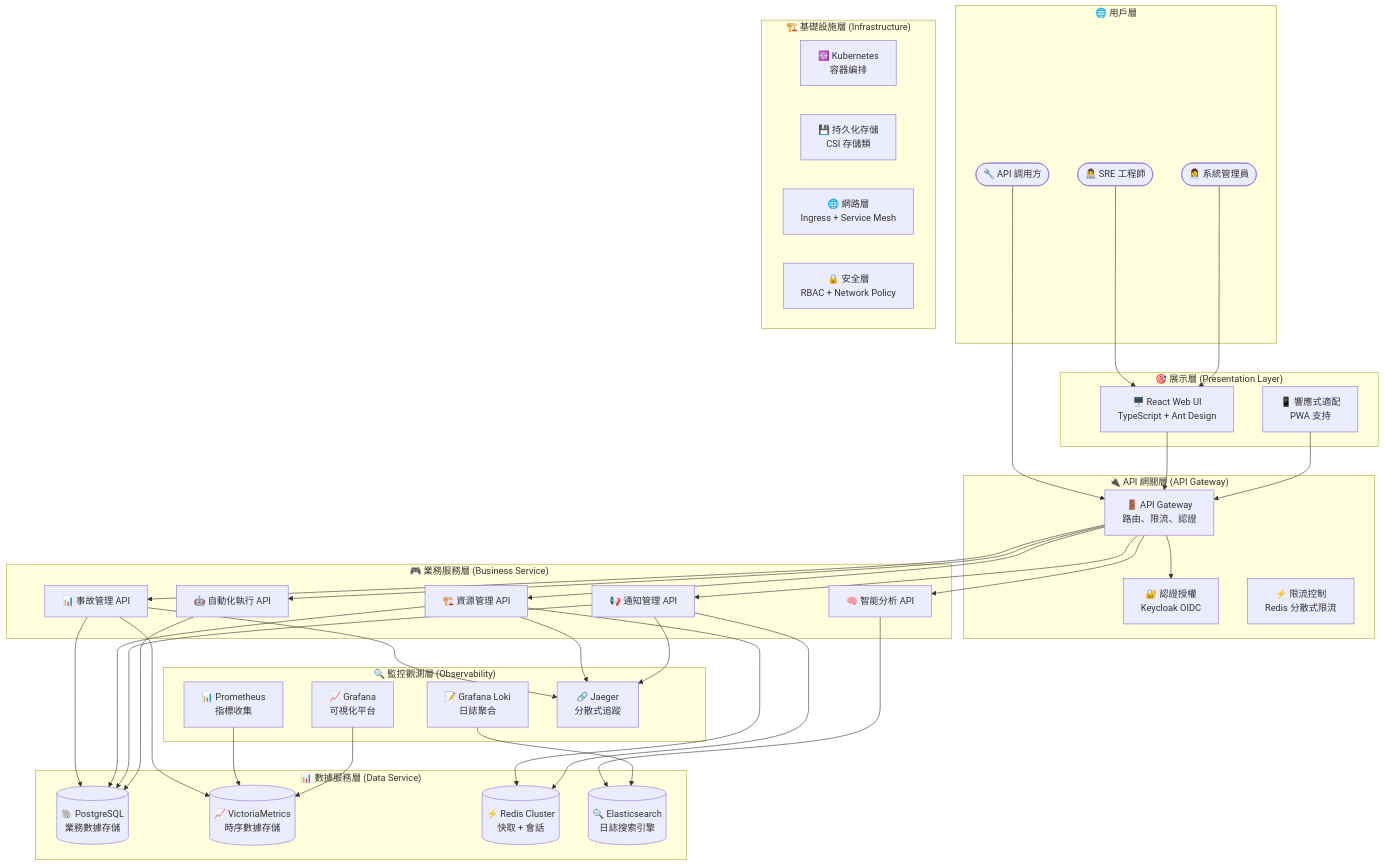
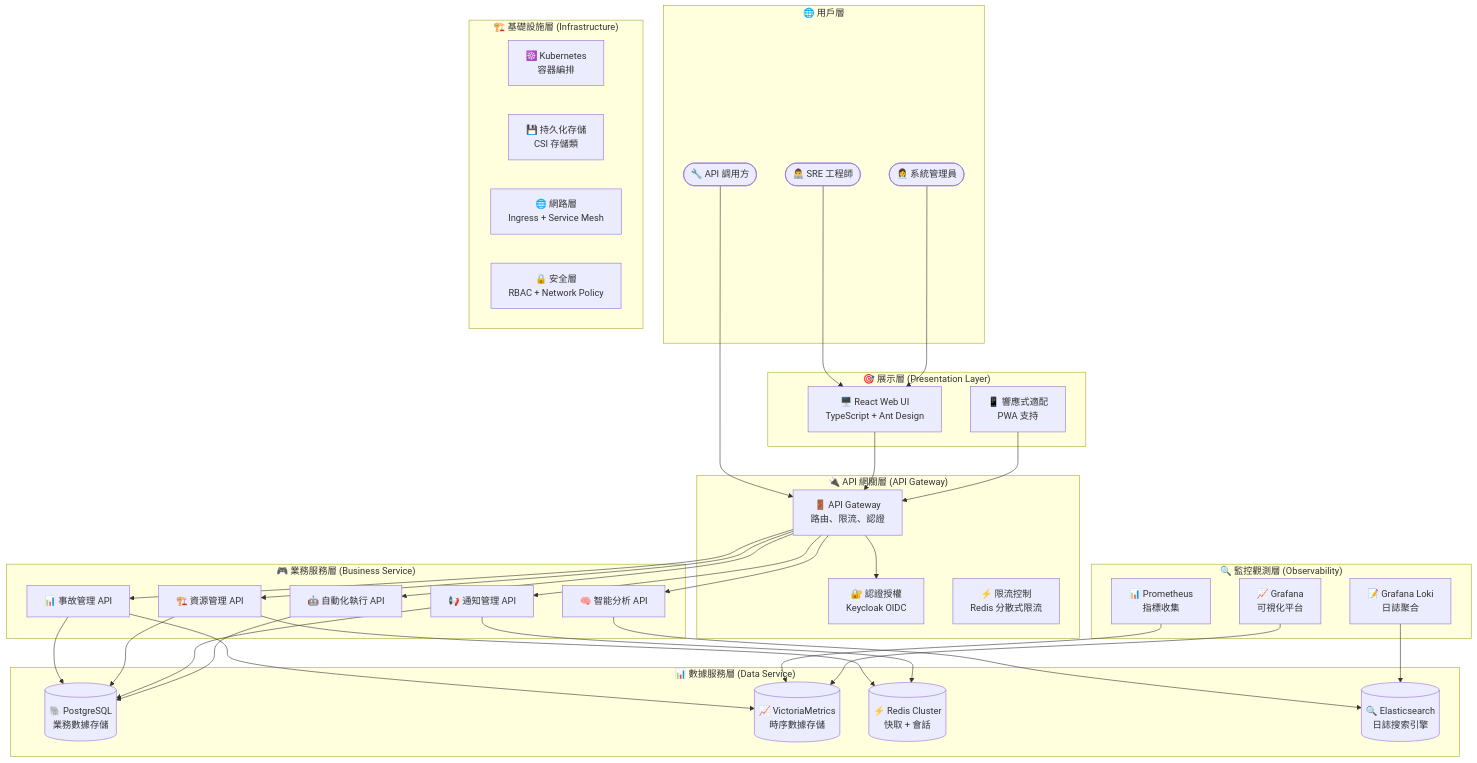
Before and after one commit to detectviz/sre-platform-app: the second of 7 diagrams in architecture.md, drawn with Mermaid. The commit also changed other lines of this file and 98 other files, not shown here.

```diff
--- a/architecture.md
+++ b/architecture.md
@@ -129,7 +143,6 @@
         Prometheus[📊 Prometheus<br/>指標收集]
         Grafana[📈 Grafana<br/>可視化平台]
         Loki[📝 Grafana Loki<br/>日誌聚合]
-        Tracing[🔗 Jaeger<br/>分散式追蹤]
     end
 
     subgraph "🏗️ 基礎設施層 (Infrastructure)"
@@ -167,10 +180,6 @@
     AutoAPI --> Database
 
     %% 監控和追蹤
-    IncidentAPI --> Tracing
-    ResourceAPI --> Tracing
-    NotifyAPI --> Tracing
-
     Prometheus --> TimeSeries
     Grafana --> TimeSeries
     Loki --> Search
```
